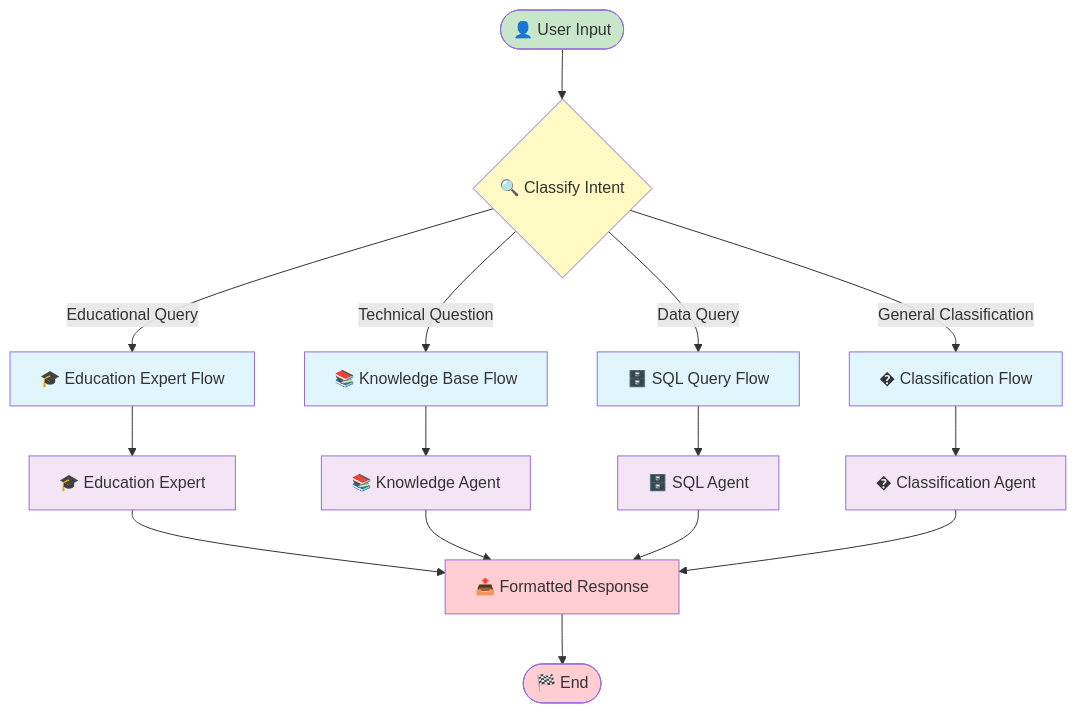
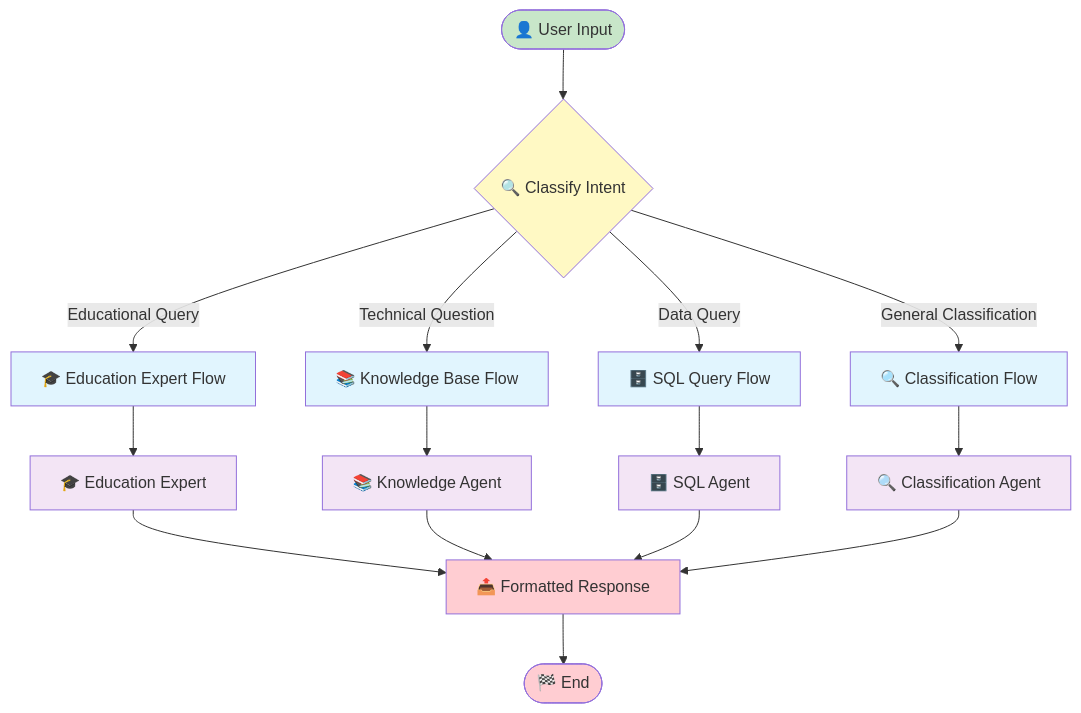
One commit to the-ingenious-dark-knight/Insight_Ingenious changed the third of 10 diagrams in docs/workflows/README.md. Above: the diagram before and after it, drawn with Mermaid. The commit also changed other lines of this file and 3 other files, not shown here.

````diff
--- a/docs/workflows/README.md
+++ b/docs/workflows/README.md
@@ -97,33 +95,33 @@
 ```mermaid
 flowchart TD
     START([👤 User Input]) --> CLASSIFY{🔍 Classify Intent}
 
     CLASSIFY -->|Educational Query| EDUCATION_FLOW[🎓 Education Expert Flow]
     CLASSIFY -->|Technical Question| KNOWLEDGE_FLOW[📚 Knowledge Base Flow]
     CLASSIFY -->|Data Query| SQL_FLOW[🗄️ SQL Query Flow]
-    CLASSIFY -->|General Classification| CLASSIFICATION_FLOW[� Classification Flow]
+    CLASSIFY -->|General Classification| CLASSIFICATION_FLOW[🔍 Classification Flow]
 
     EDUCATION_FLOW --> EDUCATION_AGENT[🎓 Education Expert]
     KNOWLEDGE_FLOW --> KNOWLEDGE_AGENT[📚 Knowledge Agent]
     SQL_FLOW --> SQL_AGENT[🗄️ SQL Agent]
-    CLASSIFICATION_FLOW --> CLASSIFICATION_AGENT[� Classification Agent]
+    CLASSIFICATION_FLOW --> CLASSIFICATION_AGENT[🔍 Classification Agent]
 
     EDUCATION_AGENT --> RESPONSE[📤 Formatted Response]
     KNOWLEDGE_AGENT --> RESPONSE
     SQL_AGENT --> RESPONSE
     CLASSIFICATION_AGENT --> RESPONSE
 
     RESPONSE --> FINISH([🏁 End])
 
     classDef start fill:#c8e6c9
     classDef decision fill:#fff9c4
     classDef workflow fill:#e1f5fe
     classDef agent fill:#f3e5f5
     classDef finish fill:#ffcdd2
 
     class START start
     class CLASSIFY decision
     class EDUCATION_FLOW,KNOWLEDGE_FLOW,SQL_FLOW,CLASSIFICATION_FLOW workflow
     class EDUCATION_AGENT,KNOWLEDGE_AGENT,SQL_AGENT,CLASSIFICATION_AGENT agent
     class RESPONSE,FINISH finish
 ```
````
